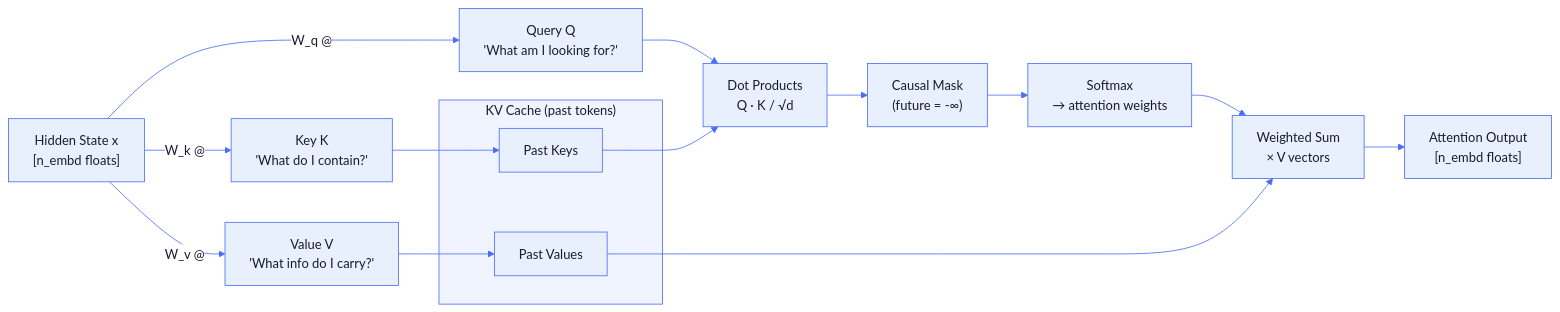
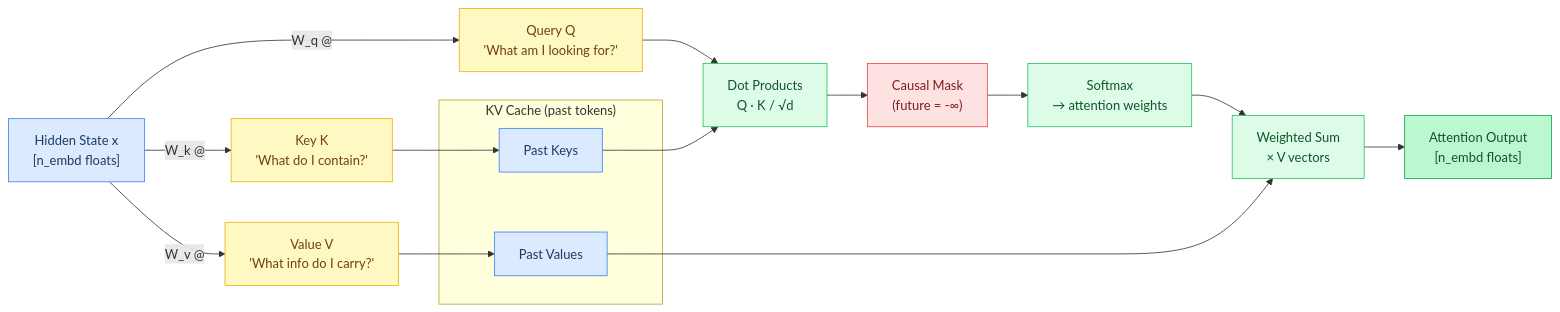
The third of 8 diagrams in docs/tutorial/02-the-transformer.md (maci0/agave), drawn with Mermaid before and after one commit. The commit also changed other lines of this file and 24 other files, not shown here.

First line of the commit message:
docs: convert all mermaid diagrams to classDef semantic colors

````diff
--- a/docs/tutorial/02-the-transformer.md
+++ b/docs/tutorial/02-the-transformer.md
@@ -109,38 +118,41 @@
 ```mermaid
-%%{init: {'theme': 'base', 'themeVariables': {
-  'primaryColor': '#e8f0fe',
-  'primaryTextColor': '#1a1a2e',
-  'primaryBorderColor': '#4a6cf7',
-  'lineColor': '#4a6cf7',
-  'secondaryColor': '#f0f4ff',
-  'tertiaryColor': '#f8f9ff',
-  'edgeLabelBackground': '#ffffff',
-  'clusterBkg': '#f0f4ff',
-  'clusterBorder': '#4a6cf7',
-  'titleColor': '#1a1a2e',
-  'nodeTextColor': '#1a1a2e',
-  'fontFamily': 'ui-monospace, SFMono-Regular, monospace'
-}}}%%
 flowchart LR
-    X["Hidden State x\n[n_embd floats]"]
+    classDef setup     fill:#dbeafe,stroke:#3b82f6,color:#1e3a5f
+    classDef sync      fill:#dcfce7,stroke:#22c55e,color:#14532d
+    classDef migration fill:#fef9c3,stroke:#eab308,color:#713f12
+    classDef success   fill:#bbf7d0,stroke:#16a34a,color:#14532d
+    classDef danger    fill:#fee2e2,stroke:#ef4444,color:#7f1d1d
+    classDef optional  fill:#f3e8ff,stroke:#9333ea,color:#581c87
 
-    X -->|"W_q @"| Q["Query Q\n'What am I looking for?'"]
-    X -->|"W_k @"| K["Key K\n'What do I contain?'"]
-    X -->|"W_v @"| V["Value V\n'What info do I carry?'"]
+    X["Hidden State x\n[n_embd floats]"]:::setup
+    Q["Query Q\n'What am I looking for?'"]:::migration
+    K["Key K\n'What do I contain?'"]:::migration
+    V["Value V\n'What info do I carry?'"]:::migration
+    PastK["Past Keys"]:::setup
+    PastV["Past Values"]:::setup
+    Scores["Dot Products\nQ · K / √d"]:::sync
+    Mask["Causal Mask\n(future = -∞)"]:::danger
+    Softmax["Softmax\n→ attention weights"]:::sync
+    WeightedSum["Weighted Sum\n× V vectors"]:::sync
+    Out["Attention Output\n[n_embd floats]"]:::success
+
+    X -->|"W_q @"| Q
+    X -->|"W_k @"| K
+    X -->|"W_v @"| V
 
     subgraph KVCache["KV Cache (past tokens)"]
-        PastK["Past Keys"]
-        PastV["Past Values"]
+        PastK
+        PastV
     end
 
     K --> PastK
     V --> PastV
 
-    Q --> Scores["Dot Products\nQ · K / √d"]
+    Q --> Scores
     PastK --> Scores
-    Scores --> Mask["Causal Mask\n(future = -∞)"]
-    Mask --> Softmax["Softmax\n→ attention weights"]
-    Softmax --> WeightedSum["Weighted Sum\n× V vectors"]
+    Scores --> Mask
+    Mask --> Softmax
+    Softmax --> WeightedSum
     PastV --> WeightedSum
-    WeightedSum --> Out["Attention Output\n[n_embd floats]"]
+    WeightedSum --> Out
 ```
````
